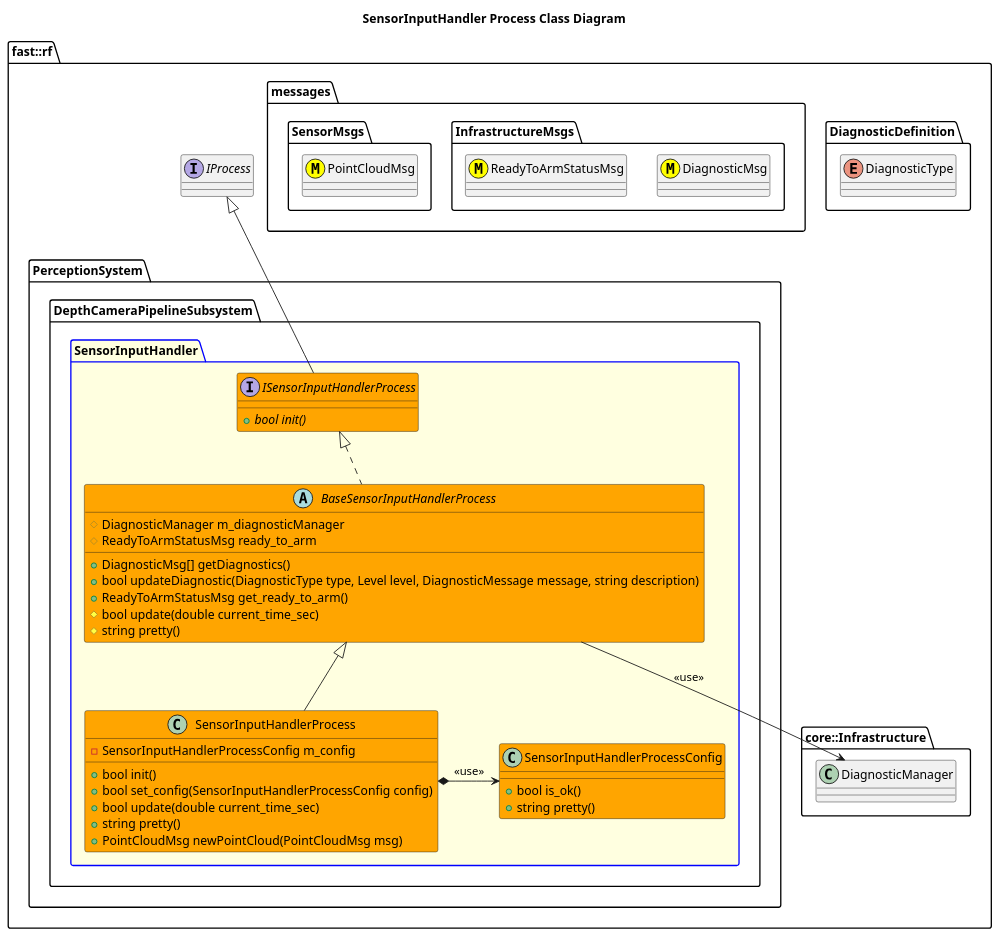
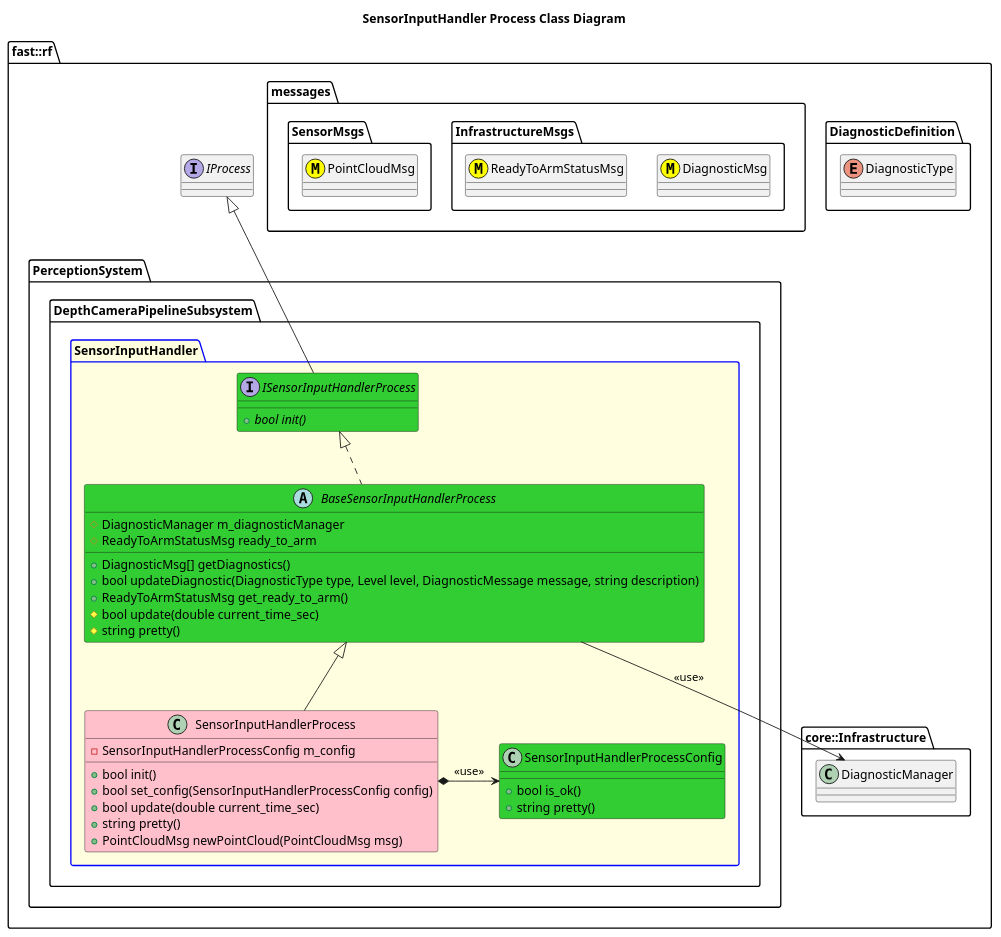
Before and after one commit to fastrobotics/robot_framework: the diagram in Systems/Perception/Subsystems/DepthCameraPipeline/Processes/SensorInputHandler/doc/puml/SensorInputHandlerProcessClassDiagram.puml, drawn with PlantUML. The commit also changed 8 other files, not shown here.

```diff
--- a/Systems/Perception/Subsystems/DepthCameraPipeline/Processes/SensorInputHandler/doc/puml/SensorInputHandlerProcessClassDiagram.puml
+++ b/Systems/Perception/Subsystems/DepthCameraPipeline/Processes/SensorInputHandler/doc/puml/SensorInputHandlerProcessClassDiagram.puml
@@ -2,59 +2,59 @@
 @startuml
 title SensorInputHandler Process Class Diagram
 
 namespace fast::rf {
     namespace DiagnosticDefinition {
         enum DiagnosticType
     }
     namespace messages {
         namespace InfrastructureMsgs {
             class DiagnosticMsg <<(M,#FFFF00)>>
             class ReadyToArmStatusMsg <<(M,#FFFF00)>>
         }
         namespace SensorMsgs {
             class PointCloudMsg <<(M,#FFFF00)>>
         }
     }
     namespace core::Infrastructure {
         class DiagnosticManager
     }
     interface IProcess
     namespace PerceptionSystem {
         namespace DepthCameraPipelineSubsystem {
             package SensorInputHandler #LightYellow;line:blue {
 
-                interface ISensorInputHandlerProcess #Orange {
+                interface ISensorInputHandlerProcess #LimeGreen {
                     +{abstract} bool init()
                 }
                 ISensorInputHandlerProcess -up-|> IProcess
-                abstract BaseSensorInputHandlerProcess #Orange {
+                abstract BaseSensorInputHandlerProcess #LimeGreen {
                     +DiagnosticMsg[] getDiagnostics()
                     +bool updateDiagnostic(DiagnosticType type, Level level, DiagnosticMessage message, string description)
                     +ReadyToArmStatusMsg get_ready_to_arm()
                     #bool update(double current_time_sec)
                     #string pretty()
                     #DiagnosticManager m_diagnosticManager
                     #ReadyToArmStatusMsg ready_to_arm
 
                 }
                 BaseSensorInputHandlerProcess .up.|> ISensorInputHandlerProcess
                 BaseSensorInputHandlerProcess --> DiagnosticManager: <<use>>
-                class SensorInputHandlerProcessConfig #Orange {
+                class SensorInputHandlerProcessConfig #LimeGreen {
                     +bool is_ok()
                     +string pretty()
                 }
-                class SensorInputHandlerProcess #Orange {
+                class SensorInputHandlerProcess #Pink {
                     +bool init()
                     +bool set_config(SensorInputHandlerProcessConfig config)
                     +bool update(double current_time_sec)
                     +string pretty()
                     +PointCloudMsg newPointCloud(PointCloudMsg msg)
                     -SensorInputHandlerProcessConfig m_config
                 }
                 SensorInputHandlerProcess -up-|> BaseSensorInputHandlerProcess
                 SensorInputHandlerProcess *-> SensorInputHandlerProcessConfig: <<use>>
             }
         }
     }
 }
 @enduml
```
